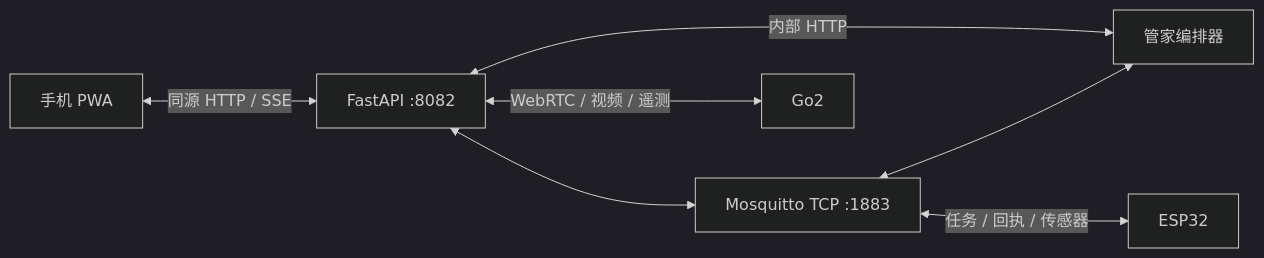
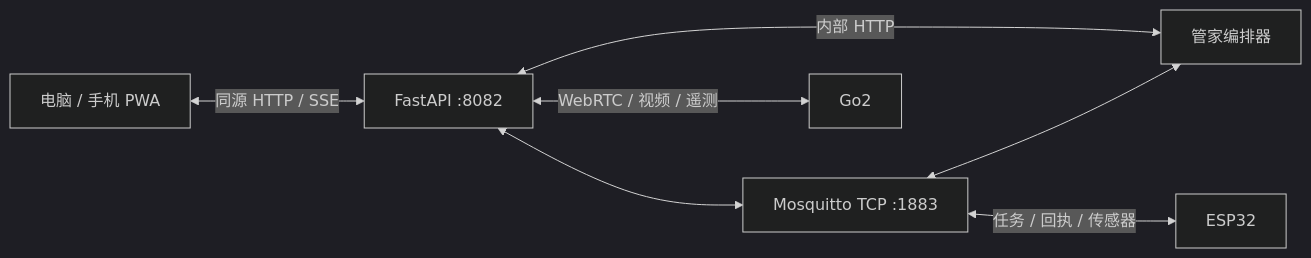
The diagram in README.md (Arthur1ha/ssm), drawn with Mermaid (dark theme) before and after one commit. The commit also changed other lines of this file and 6 other files, not shown here.

````diff
--- a/README.md
+++ b/README.md
@@ -7,9 +7,9 @@
 ```mermaid
 flowchart LR
-    PWA[手机 PWA] <-->|同源 HTTP / SSE| API[FastAPI :8082]
+    PWA[电脑 / 手机 PWA] <-->|同源 HTTP / SSE| API[FastAPI :8082]
     API <--> MQTT[Mosquitto TCP :1883]
     MQTT <--> Steward[管家编排器]
     MQTT <-->|任务 / 回执 / 传感器| ESP[ESP32]
     Steward <-->|内部 HTTP| API
     API <-->|WebRTC / 视频 / 遥测| Go2[Go2]
 ```
````
